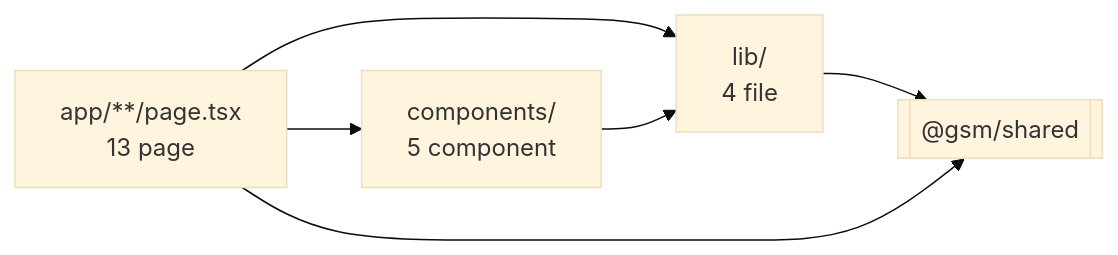
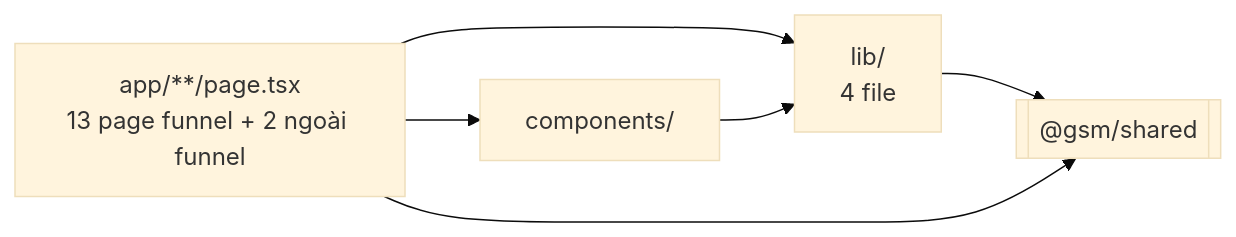
The diagram in fe-structure.md (trankieuoanh/Mo-phong-web-dat-xe), drawn with Mermaid (base theme) before and after one commit. The commit also changed other lines of this file and 11 other files, not shown here.

````diff
--- a/fe-structure.md
+++ b/fe-structure.md
@@ -69,8 +80,8 @@
 ```mermaid
 flowchart LR
-  P[app/**/page.tsx<br/>13 page] --> C[components/<br/>5 component]
+  P[app/**/page.tsx<br/>13 page funnel + 2 ngoài funnel] --> C[components/]
   P --> L[lib/<br/>4 file]
   C --> L
   L --> S[["@gsm/shared"]]
   P --> S
 ```
````
